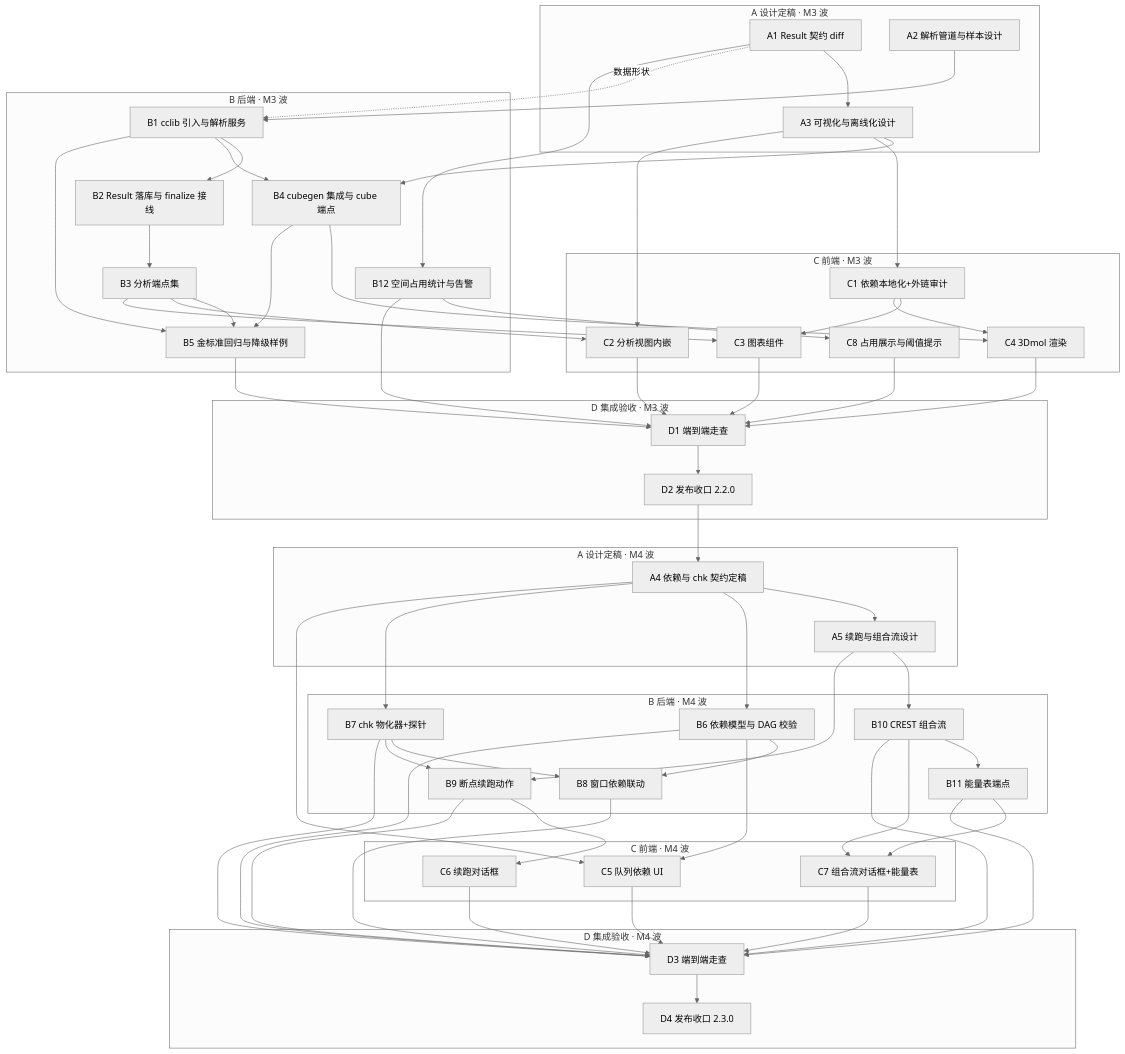
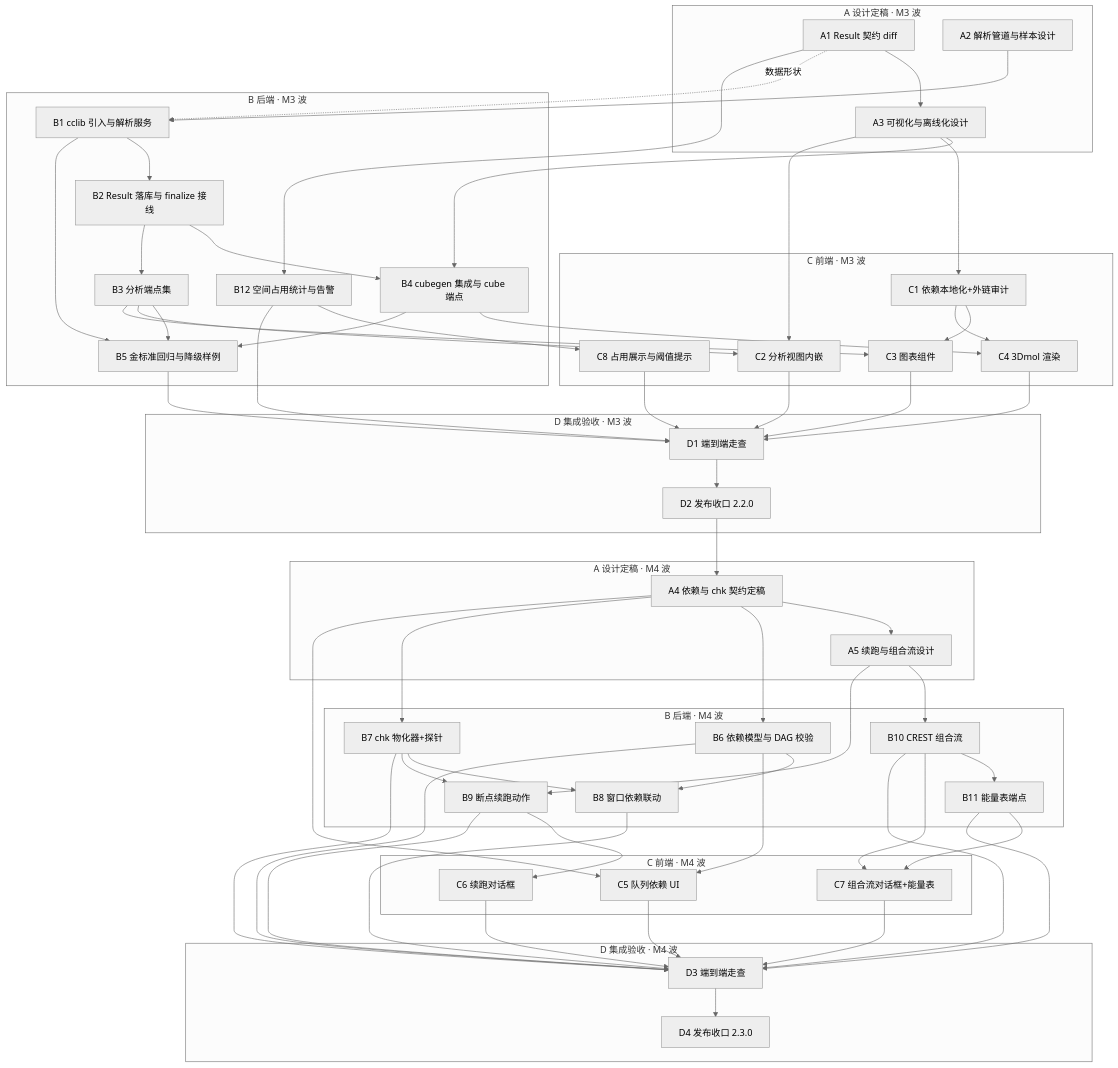
The first of 6 diagrams in docs/plans/m3-m4-plan.md (baizhancaiji/gauforge), drawn with Mermaid (neutral theme) before and after one commit. The commit also changed other lines of this file, not shown here.

```diff
--- a/docs/plans/m3-m4-plan.md
+++ b/docs/plans/m3-m4-plan.md
@@ -603,7 +643,7 @@
     A1 -.->|数据形状| B1
     A2 --> B1
     B1 --> B2
-    B1 --> B4
+    B2 --> B4
     A3 --> B4
     A3 --> C1
     A3 --> C2
```
